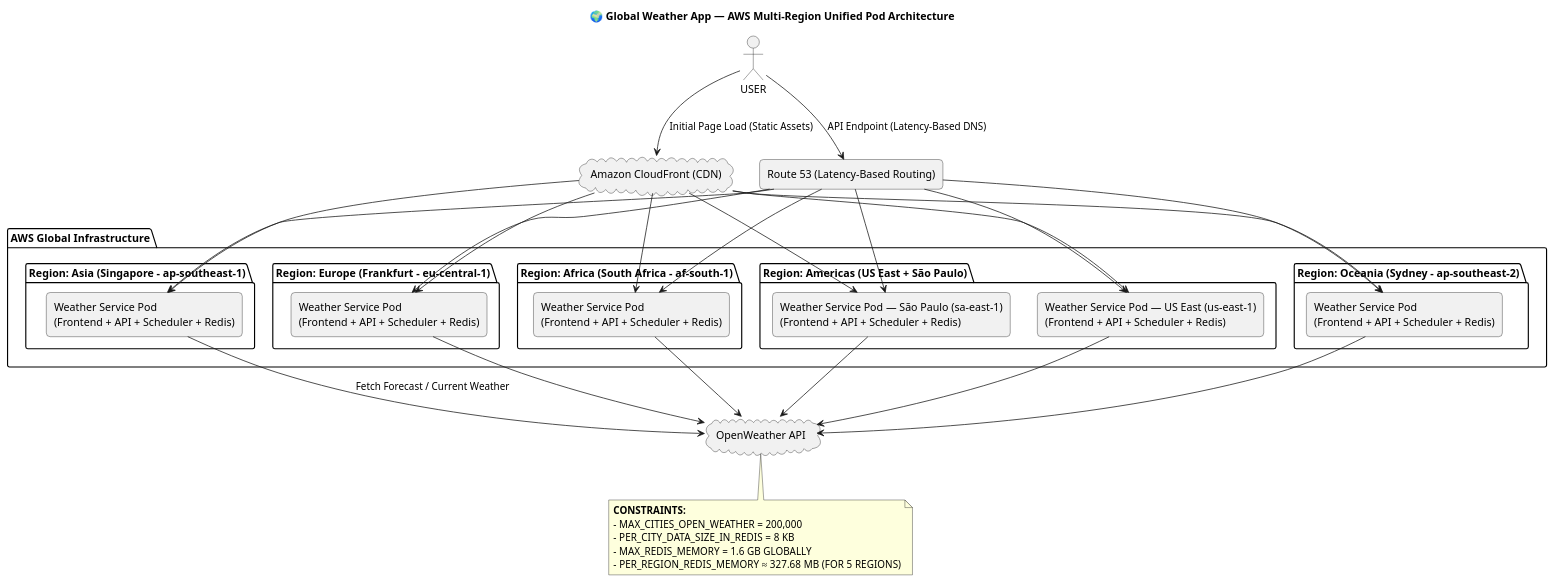
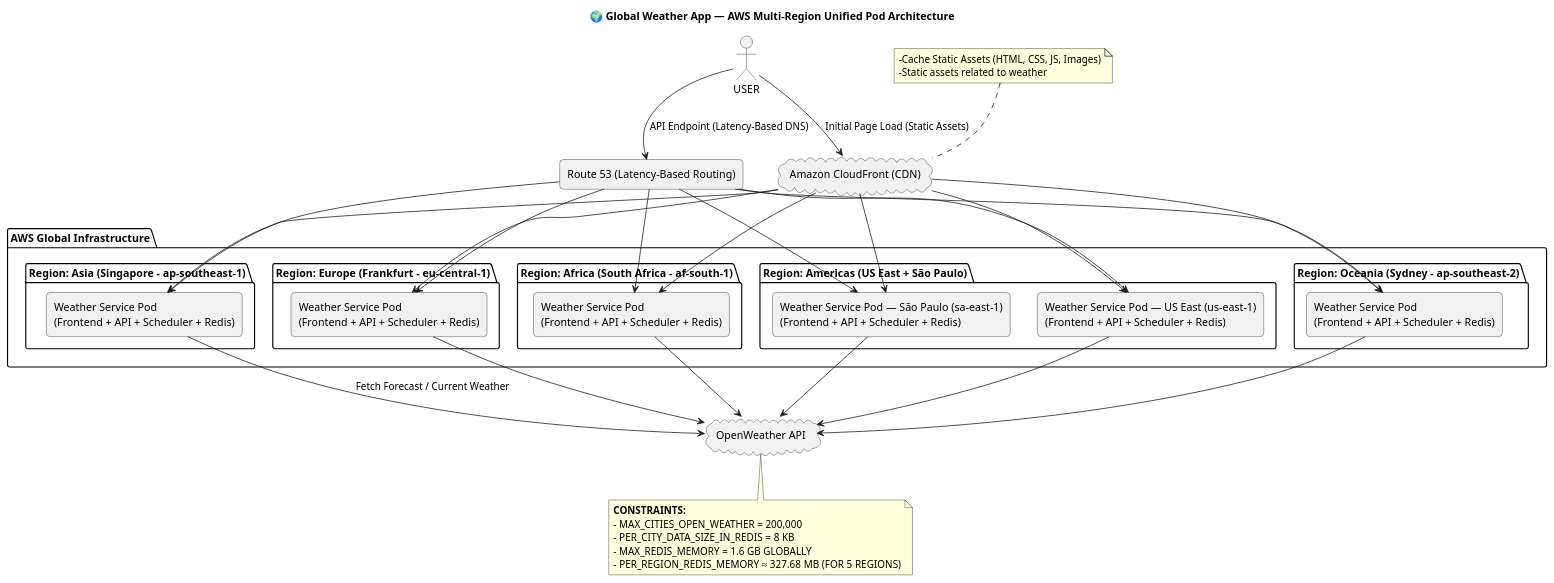
The diagram in AWS_ARCH.puml (shivamnamdeo0101/weather-app), drawn with PlantUML before and after one commit.

Commit message:
CONSTRAINTS AND AWS ADDED

```diff
--- a/AWS_ARCH.puml
+++ b/AWS_ARCH.puml
@@ -1,108 +1,115 @@
 @startuml
 title 🌍 Global Weather App — AWS Multi-Region Unified Pod Architecture
 
 ' --- Layout Settings ---
 skinparam packagePadding 15
 skinparam rectangle {
     Shadowing false
     RoundCorner 10
     Padding 8
     MinWidth 180
 }
 skinparam database {
     Shadowing false
     RoundCorner 10
     Padding 8
     MinWidth 160
 }
 skinparam cloud {
     Shadowing false
 }
 
 actor USER
 cloud OPENWEATHER as "OpenWeather API"
 
 ' ===========================
 ' AWS GLOBAL INFRASTRUCTURE
 ' ===========================
 package "AWS Global Infrastructure" {
 
     ' -------- ASIA REGION --------
     package "Region: Asia (Singapore - ap-southeast-1)" {
         rectangle POD_ASIA as "Weather Service Pod\n(Frontend + API + Scheduler + Redis)"
     }
 
     ' -------- EUROPE REGION --------
     package "Region: Europe (Frankfurt - eu-central-1)" {
         rectangle POD_EU as "Weather Service Pod\n(Frontend + API + Scheduler + Redis)"
     }
 
     ' -------- AFRICA REGION --------
     package "Region: Africa (South Africa - af-south-1)" {
         rectangle POD_AF as "Weather Service Pod\n(Frontend + API + Scheduler + Redis)"
     }
 
     ' -------- AMERICAS REGION --------
     package "Region: Americas (US East + São Paulo)" {
         rectangle POD_US as "Weather Service Pod — US East (us-east-1)\n(Frontend + API + Scheduler + Redis)"
         rectangle POD_SA as "Weather Service Pod — São Paulo (sa-east-1)\n(Frontend + API + Scheduler + Redis)"
     }
 
     ' -------- OCEANIA REGION --------
     package "Region: Oceania (Sydney - ap-southeast-2)" {
         rectangle POD_OC as "Weather Service Pod\n(Frontend + API + Scheduler + Redis)"
     }
 }
 
 ' ===========================
 ' GLOBAL SERVICES
 ' ===========================
 cloud CF as "Amazon CloudFront (CDN)"
+
+note top of CF
+-Cache Static Assets (HTML, CSS, JS, Images)
+-Static assets related to weather
+end note
+
+
 rectangle R53 as "Route 53 (Latency-Based Routing)"
 
 ' ===========================
 ' GLOBAL CONNECTION FLOW
 ' ===========================
 
 USER --> CF : Initial Page Load (Static Assets)
 USER --> R53 : API Endpoint (Latency-Based DNS)
 
 ' CloudFront → Regional Pods (Frontend)
 CF --> POD_ASIA
 CF --> POD_EU
 CF --> POD_AF
 CF --> POD_US
 CF --> POD_SA
 CF --> POD_OC
 
 ' Route 53 → Regional Pods (API Traffic)
 R53 --> POD_ASIA
 R53 --> POD_EU
 R53 --> POD_AF
 R53 --> POD_US
 R53 --> POD_SA
 R53 --> POD_OC
 
 ' ===========================
 ' REGIONAL DATA FLOW
 ' ===========================
 
 POD_ASIA --> OPENWEATHER : Fetch Forecast / Current Weather
 POD_EU --> OPENWEATHER
 POD_AF --> OPENWEATHER
 POD_US --> OPENWEATHER
 POD_SA --> OPENWEATHER
 POD_OC --> OPENWEATHER
 
 ' ===========================
 ' SYSTEM CONSTRAINTS
 ' ===========================
 note bottom of OPENWEATHER
 <b>CONSTRAINTS:</b>
 - MAX_CITIES_OPEN_WEATHER = 200,000
 - PER_CITY_DATA_SIZE_IN_REDIS = 8 KB
 - MAX_REDIS_MEMORY = 1.6 GB GLOBALLY
 - PER_REGION_REDIS_MEMORY ≈ 327.68 MB (FOR 5 REGIONS)
 end note
 
 @enduml
```
